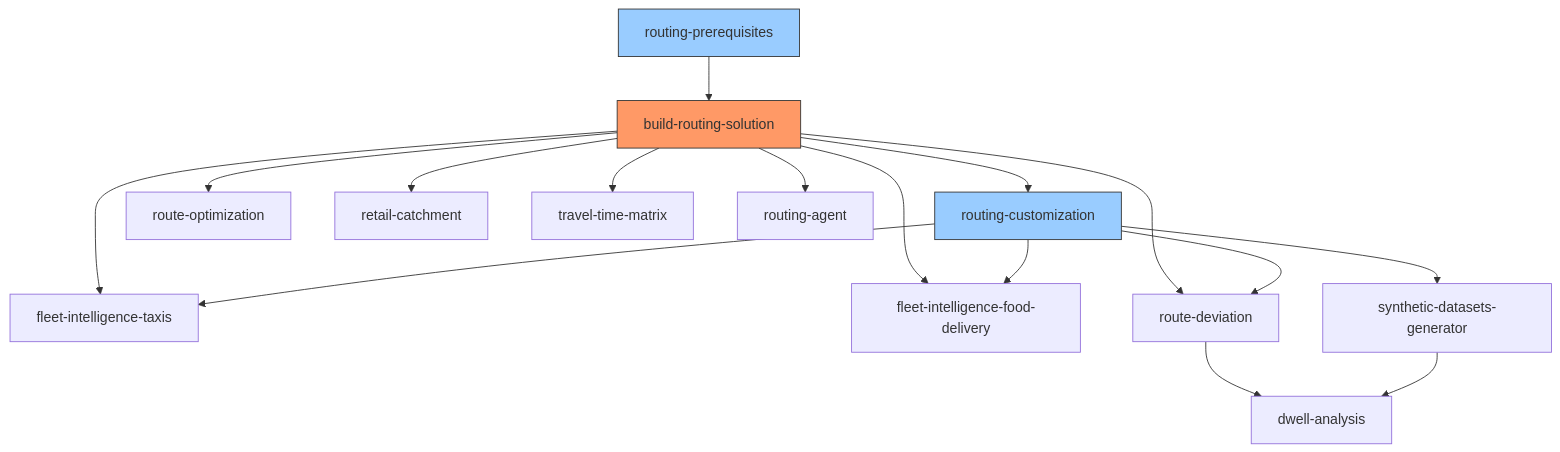
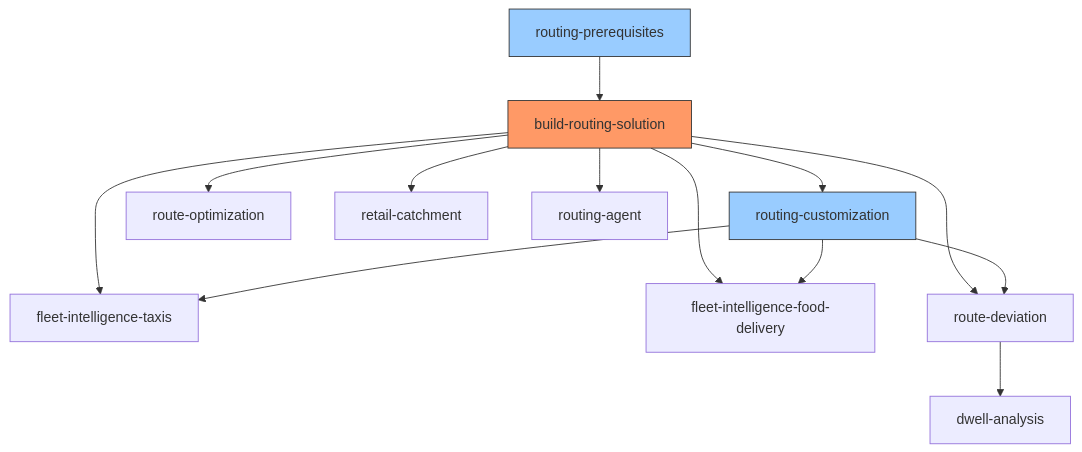
One commit to Snowflake-Labs/sfguide-create-a-route-optimisation-and-vehicle-route-plan-simulator changed the diagram in AGENTS.md. Above: the diagram before and after it, drawn with Mermaid. The commit also changed other lines of this file and 33 other files, not shown here.

First line of the commit message:
Remove S3 dependencies, add multi-region support, and archive travel-time-matrix

````diff
--- a/AGENTS.md
+++ b/AGENTS.md
@@ -183,22 +181,19 @@
 ```mermaid
 graph TD
     RP[routing-prerequisites] --> BRS[build-routing-solution]
     BRS --> RC[routing-customization]
     BRS --> RO[route-optimization]
     BRS --> FIT[fleet-intelligence-taxis]
     BRS --> FIFD[fleet-intelligence-food-delivery]
     BRS --> RET[retail-catchment]
     BRS --> RD[route-deviation]
-    BRS --> TTM[travel-time-matrix]
     BRS --> RA[routing-agent]
     RC --> FIT
     RC --> FIFD
     RC --> RD
-    RC --> SDG[synthetic-datasets-generator]
     RD --> DA[dwell-analysis]
-    SDG --> DA
 
     style BRS fill:#f96,stroke:#333
     style RP fill:#9cf,stroke:#333
     style RC fill:#9cf,stroke:#333
 ```
````
